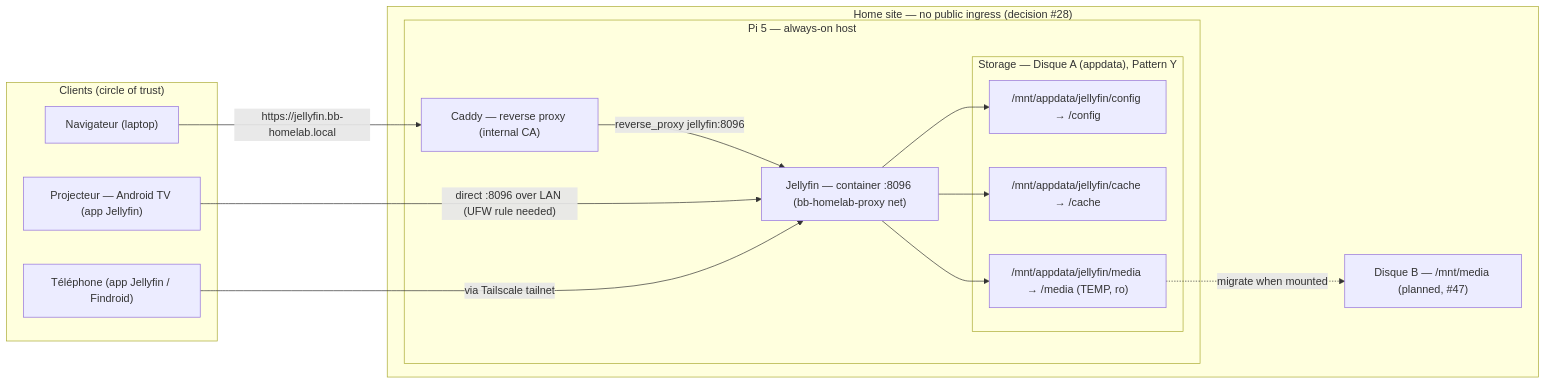
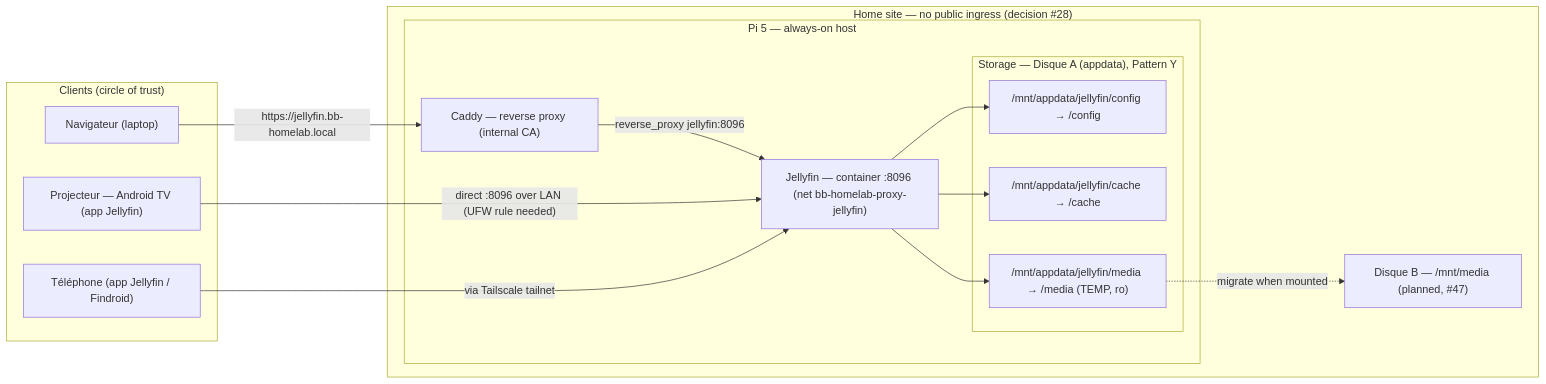
Before and after one commit to benoit-bremaud/bb-homelab: the diagram in docs/architecture/diagrams/jellyfin/03-component.md, drawn with Mermaid. The commit also changed 23 other files, not shown here.

````diff
--- a/docs/architecture/diagrams/jellyfin/03-component.md
+++ b/docs/architecture/diagrams/jellyfin/03-component.md
@@ -24,31 +24,31 @@
 ```mermaid
 flowchart LR
   subgraph clients ["Clients (circle of trust)"]
     proj["Projecteur — Android TV (app Jellyfin)"]
     phone["Téléphone (app Jellyfin / Findroid)"]
     browser["Navigateur (laptop)"]
   end
 
   subgraph home ["Home site — no public ingress (decision #28)"]
     subgraph pi5 ["Pi 5 — always-on host"]
       caddy["Caddy — reverse proxy (internal CA)"]
-      jelly["Jellyfin — container :8096 (bb-homelab-proxy net)"]
+      jelly["Jellyfin — container :8096 (net bb-homelab-proxy-jellyfin)"]
       caddy -->|"reverse_proxy jellyfin:8096"| jelly
 
       subgraph storage ["Storage — Disque A (appdata), Pattern Y"]
         cfg["/mnt/appdata/jellyfin/config → /config"]
         cache["/mnt/appdata/jellyfin/cache → /cache"]
         media["/mnt/appdata/jellyfin/media → /media (TEMP, ro)"]
       end
       jelly --> cfg
       jelly --> cache
       jelly --> media
     end
     diskB["Disque B — /mnt/media (planned, #47)"]
     media -.->|"migrate when mounted"| diskB
   end
 
   proj -->|"direct :8096 over LAN (UFW rule needed)"| jelly
   phone -->|"via Tailscale tailnet"| jelly
   browser -->|"https://jellyfin.bb-homelab.local"| caddy
 ```
````
